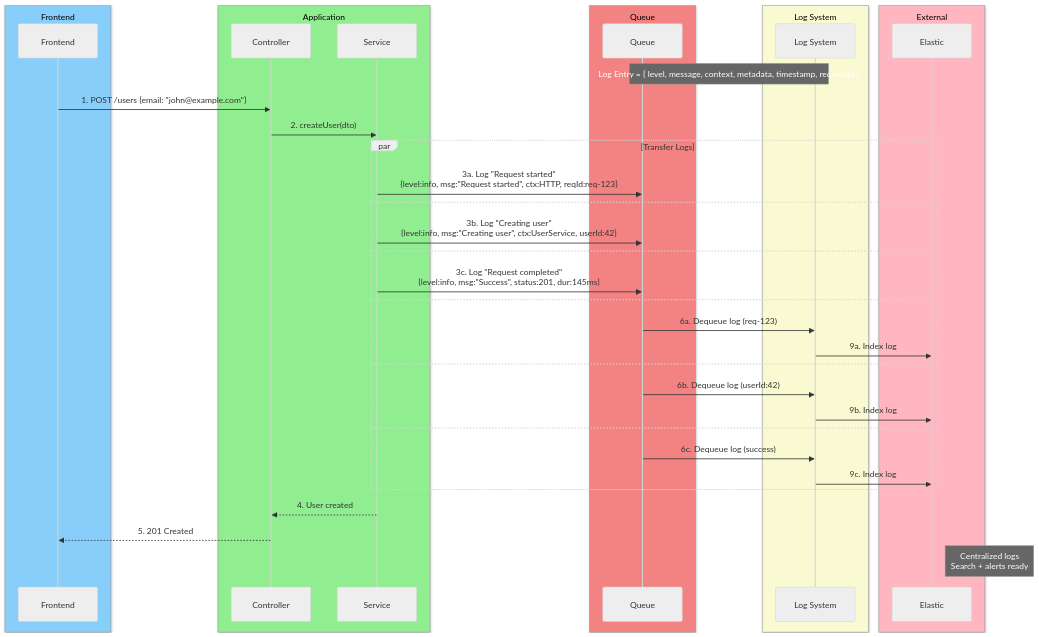
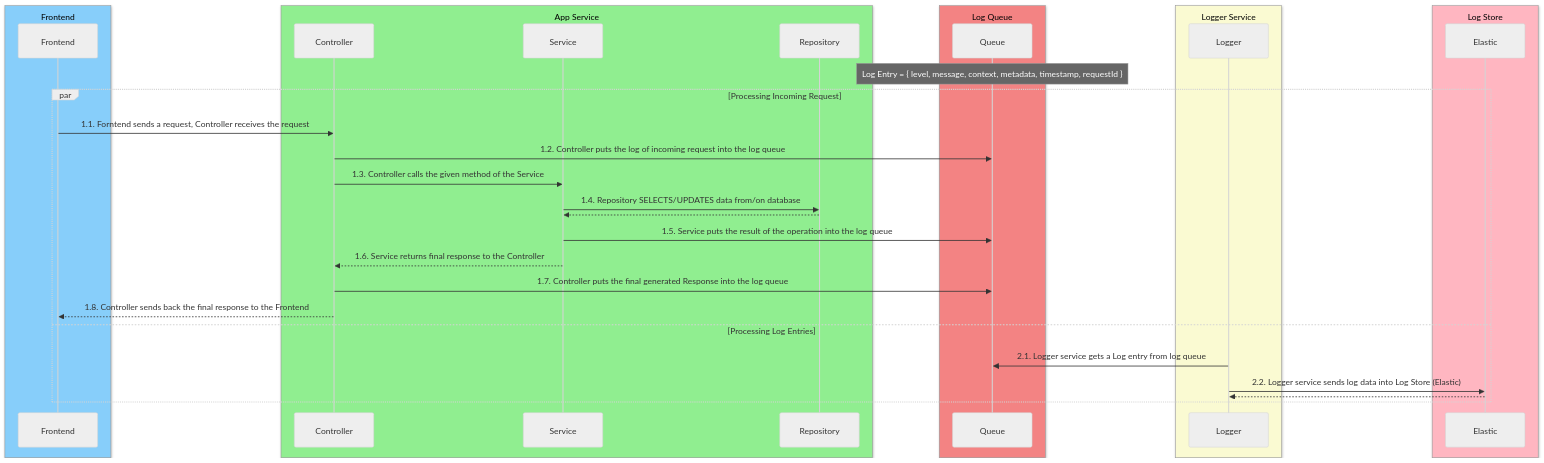
One commit to hamidehalaee/nestjs_ddd_skeleton changed the diagram in docs/log-system-sequence.md. Above: the diagram before and after it, drawn with Mermaid.

Commit message:
update: log app

````diff
--- a/docs/log-system-sequence.md
+++ b/docs/log-system-sequence.md
@@ -1,75 +1,60 @@
 ```mermaid
 ---
 config:
   theme: 'neutral'
   themeVariables:
     primaryColor: '#4f96e7ff'
     primaryBorderColor: 'rgba(153, 188, 241, 1)'
     lineColor: '#F8B229'
     secondaryColor: '#006100'
     tertiaryColor: '#ffffff60'
 ---
 
 sequenceDiagram
     %% === Groups ===
     box LightSkyBlue Frontend
         participant Frontend
     end
 
-    box LightGreen Application
+    box LightGreen App Service
         participant Controller
         participant Service
+        participant Repository
     end
 
-    box rgba(243,131,131,1) Queue
+    box rgba(243,131,131,1) Log Queue
         participant Queue
     end
 
-    box LightGoldenRodYellow Log System
-        participant Log System
-        %%participant Store logs in Distk
-        %%participant Show All Logs
+    box LightGoldenRodYellow Logger Service
+        participant Logger
     end
 
-    box LightPink External
+    box LightPink Log Store
         participant Elastic
     end
 
-    Note over Queue,Log System: Log Entry = { level, message, context, metadata, timestamp, requestId }
+    Note over Queue: Log Entry = { level, message, context, metadata, timestamp, requestId }
 
-    %% === Main Flow ===
-    Frontend->>Controller: 1. POST /users {email: "john@example.com"}
-    Controller->>Service: 2. createUser(dto)
+    par Processing Incoming Request
+        Frontend->>Controller: 1.1. Forntend sends a request, Controller receives the request
+        Controller ->> Queue: 1.2. Controller puts the log of incoming request into the log queue
 
-    %% === PARALLEL: Send logs to queue ===
-    par Transfer Logs
-        Service->>Queue: 3a. Log "Request started"<br>{level:info, msg:"Request started", ctx:HTTP, reqId:req-123}
-    and
-        Service->>Queue: 3b. Log "Creating user"<br>{level:info, msg:"Creating user", ctx:UserService, userId:42}
-    and
-        Service->>Queue: 3c. Log "Request completed"<br>{level:info, msg:"Success", status:201, dur:145ms}
-    and
-        Queue->>Log System: 6a. Dequeue log (req-123)
-        %%Log Processor->>Store logs in Distk: 7a. Append to app.2025-11-03.log
-        %%Log Processor->>Show All Logs: 8a. Inc log_info_total
-        Log System->>Elastic: 9a. Index log
-    and
-        Queue->>Log System: 6b. Dequeue log (userId:42)
-        %%Log Processor->>Store logs in Distk: 7b. Append
-        %%Log Processor->>Show All Logs: 8b. Inc log_info_total
-        Log System->>Elastic: 9b. Index log
-    and
-        Queue->>Log System: 6c. Dequeue log (success)
-        %%Log Processor->>Store logs in Distk: 7c. Append
-        %%Log Processor->>Show All Logs: 8c. Inc log_success_total
-        Log System->>Elastic: 9c. Index log
+        Controller->>Service: 1.3. Controller calls the given method of the Service
+        Service ->> Repository: 1.4. Repository SELECTS/UPDATES data from/on database
+        Repository -->> Service:
+
+        Service ->> Queue: 1.5. Service puts the result of the operation into the log queue
+
+        Service -->> Controller: 1.6. Service returns final response to the Controller
+
+        Controller ->> Queue: 1.7. Controller puts the final generated Response into the log queue
+
+        Controller-->>Frontend: 1.8. Controller sends back the final response to the Frontend
+
+    and Processing Log Entries
+        Logger->>Queue: 2.1. Logger service gets a Log entry from log queue
+        Logger ->> Elastic: 2.2. Logger service sends log data into Log Store (Elastic)
+        Elastic -->> Logger:
     end
-
-    Service-->>Controller: 4. User created
-    Controller-->>Frontend: 5. 201 Created
-
-    %% === PARALLEL: Dequeue & Process Logs ===
-
-
-    Note right of Elastic: Centralized logs<br>Search + alerts ready
 ```
````
